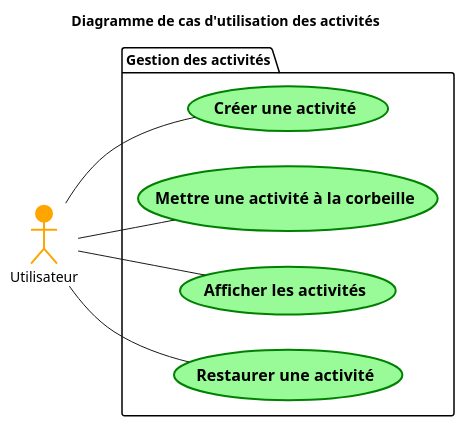
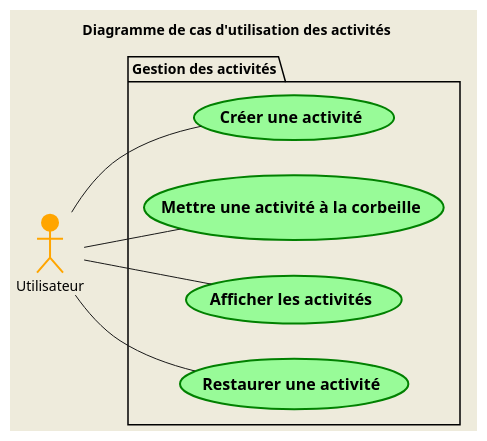
The diagram in Modelisation/Diagrammes/PlantUML/diag_use_case_2.puml (SamuelGuillemet/igloo), drawn with PlantUML before and after one commit. The commit also changed 7 other files, not shown here.

Commit message:
Add plantuml testing files

```diff
--- a/Modelisation/Diagrammes/PlantUML/diag_use_case_2.puml
+++ b/Modelisation/Diagrammes/PlantUML/diag_use_case_2.puml
@@ -1,21 +1,23 @@
-@startuml  
+@startuml UseCase2
 title Diagramme de cas d'utilisation des activités
 
 left to right direction
+skinparam style strictuml
+skinparam backgroundColor #EEEBDC
 
 actor Utilisateur #Orange;line:Orange;line.bold
 
 
 package "Gestion des activités" {
   usecase "== Créer une activité" as UC2 #PaleGreen;line:Green;line.bold
     usecase "== Mettre une activité à la corbeille" as UC6 #PaleGreen;line:Green;line.bold
     usecase "== Afficher les activités" as UC9 #PaleGreen;line:Green;line.bold
     usecase "== Restaurer une activité" as UC22 #PaleGreen;line:Green;line.bold
 }
 
 Utilisateur -- UC2
 Utilisateur -- UC6
 Utilisateur -- UC9
 Utilisateur -- UC22
 
 @enduml
```
